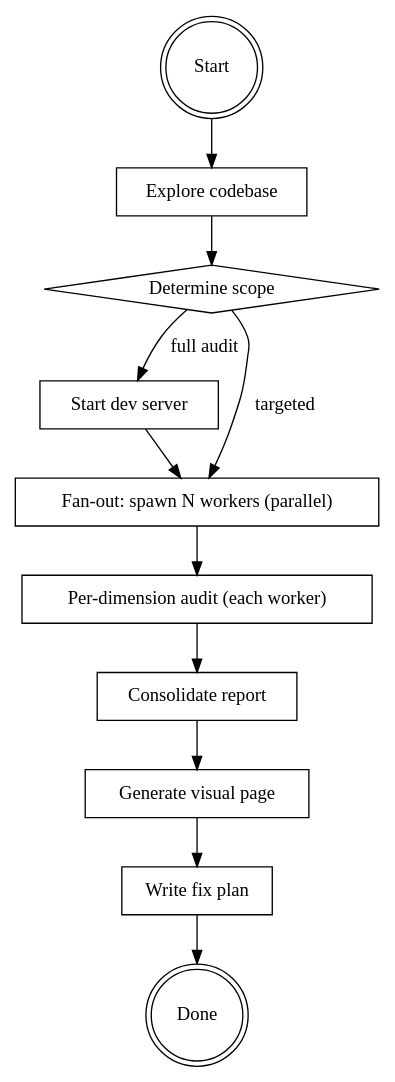
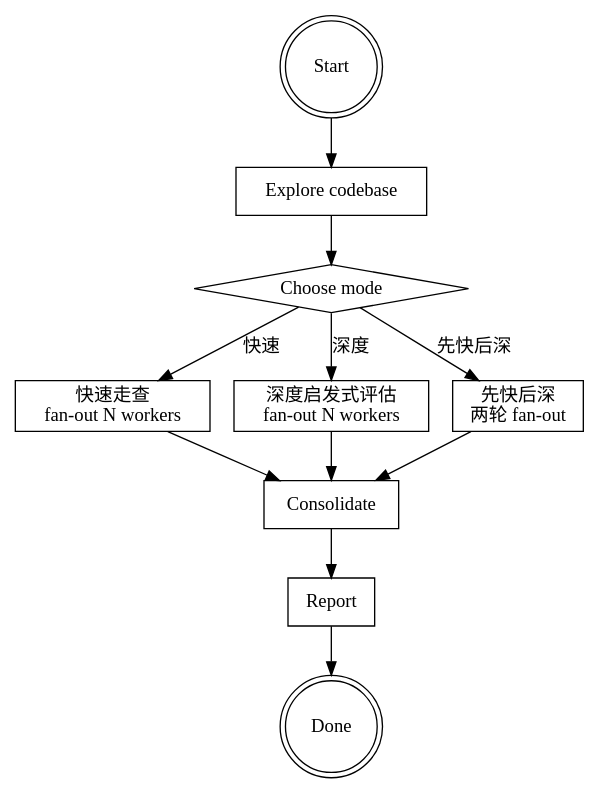
The diagram in .factory/skills/体验走查/SKILL.md (xdesign678/compound), drawn with Graphviz before and after one commit. The commit also changed other lines of this file and 1 other file, not shown here.

First line of the commit message:
feat(skills): merge dual-mode (quick/deep) into 体验走查 + worker mode support

````diff
--- a/.factory/skills/体验走查/SKILL.md
+++ b/.factory/skills/体验走查/SKILL.md
@@ -31,26 +60,25 @@
 ```dot
 digraph ux_walkthrough {
   rankdir=TB;
   "Start" [shape=doublecircle];
   "Explore codebase" [shape=box];
-  "Determine scope" [shape=diamond];
-  "Start dev server" [shape=box];
-  "Fan-out: spawn N workers (parallel)" [shape=box];
-  "Per-dimension audit (each worker)" [shape=box];
-  "Consolidate report" [shape=box];
-  "Generate visual page" [shape=box];
-  "Write fix plan" [shape=box];
+  "Choose mode" [shape=diamond];
+  "Fan-out quick (parallel workers)" [shape=box, label="快速走查\nfan-out N workers"];
+  "Fan-out deep (parallel workers)" [shape=box, label="深度启发式评估\nfan-out N workers"];
+  "Quick then Deep" [shape=box, label="先快后深\n两轮 fan-out"];
+  "Consolidate" [shape=box];
+  "Report" [shape=box];
   "Done" [shape=doublecircle];
 
   "Start" -> "Explore codebase";
-  "Explore codebase" -> "Determine scope";
-  "Determine scope" -> "Start dev server" [label="full audit"];
-  "Determine scope" -> "Fan-out: spawn N workers (parallel)" [label="targeted"];
-  "Start dev server" -> "Fan-out: spawn N workers (parallel)";
-  "Fan-out: spawn N workers (parallel)" -> "Per-dimension audit (each worker)";
-  "Per-dimension audit (each worker)" -> "Consolidate report";
-  "Consolidate report" -> "Generate visual page";
-  "Generate visual page" -> "Write fix plan";
-  "Write fix plan" -> "Done";
+  "Explore codebase" -> "Choose mode";
+  "Choose mode" -> "Fan-out quick (parallel workers)" [label="快速"];
+  "Choose mode" -> "Fan-out deep (parallel workers)" [label="深度"];
+  "Choose mode" -> "Quick then Deep" [label="先快后深"];
+  "Fan-out quick (parallel workers)" -> "Consolidate";
+  "Fan-out deep (parallel workers)" -> "Consolidate";
+  "Quick then Deep" -> "Consolidate";
+  "Consolidate" -> "Report";
+  "Report" -> "Done";
 }
 ```
````
